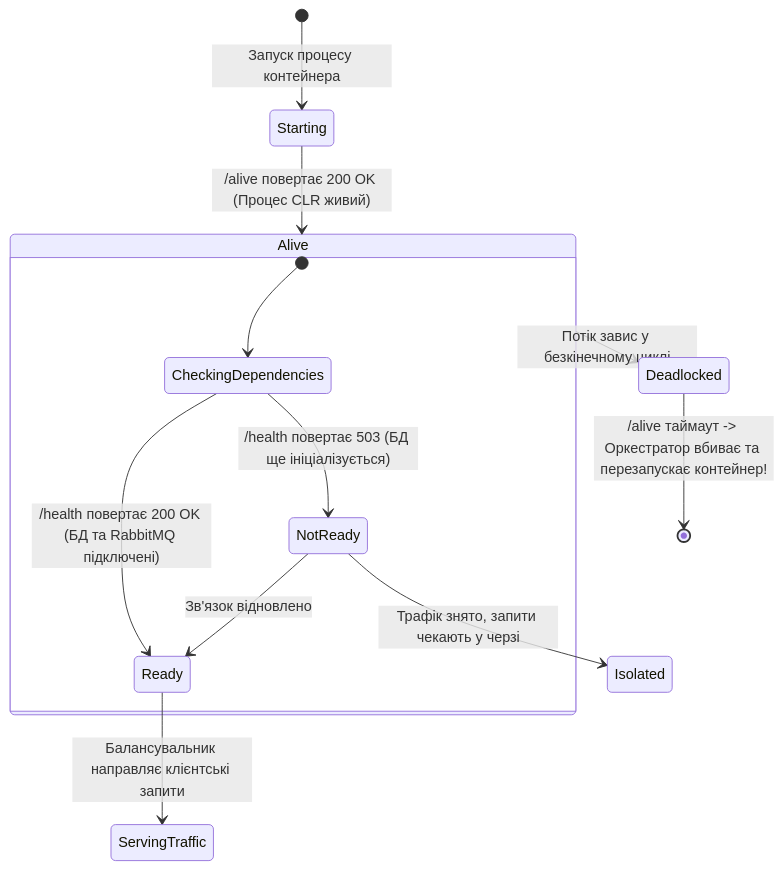
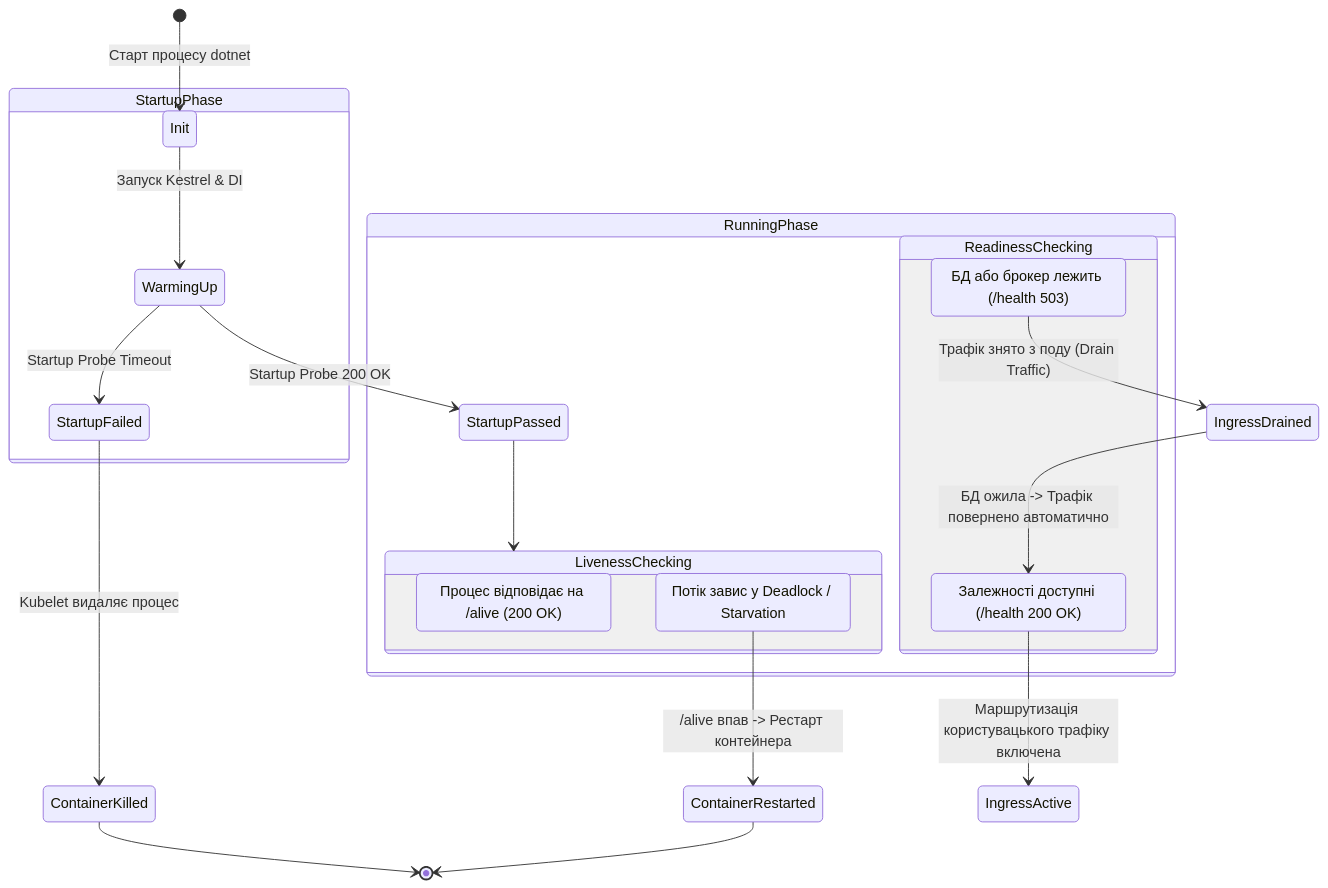
One commit to MrTomkaYurii/Demo-CargoDeliveryService changed the third of 3 diagrams in 02-Microservices-Craftsman/02-01-Aspire-Documentation/05_HealthChecks_Probes_Liveness_Readiness.md. Above: the diagram before and after it, drawn with Mermaid. The commit also changed other lines of this file and 5 other files, not shown here.

Commit message:
docs(aspire): expand guides 01-06 into comprehensive masterclass with deep theory, code dissections, and verified mermaid diagrams

````diff
--- a/02-Microservices-Craftsman/02-01-Aspire-Documentation/05_HealthChecks_Probes_Liveness_Readiness.md
+++ b/02-Microservices-Craftsman/02-01-Aspire-Documentation/05_HealthChecks_Probes_Liveness_Readiness.md
@@ -92,17 +295,34 @@
 ```mermaid
 stateDiagram-v2
-    [*] --> Starting : Запуск процесу контейнера
-    Starting --> Alive : /alive повертає 200 OK (Процес CLR живий)
+    [*] --> Init : Старт процесу dotnet
     
-    state Alive {
-        [*] --> CheckingDependencies
-        CheckingDependencies --> Ready : /health повертає 200 OK (БД та RabbitMQ підключені)
-        CheckingDependencies --> NotReady : /health повертає 503 (БД ще ініціалізується)
-        NotReady --> Ready : Зв'язок відновлено
+    state StartupPhase {
+        Init --> WarmingUp : Запуск Kestrel & DI
+        WarmingUp --> StartupPassed : Startup Probe 200 OK
+        WarmingUp --> StartupFailed : Startup Probe Timeout
+    }
+    
+    StartupFailed --> ContainerKilled : Kubelet видаляє процес
+    ContainerKilled --> [*]
+
+    state RunningPhase {
+        StartupPassed --> LivenessChecking
+        
+        state LivenessChecking {
+            Alive : Процес відповідає на /alive (200 OK)
+            Deadlocked : Потік завис у Deadlock / Starvation
+        }
+
+        state ReadinessChecking {
+            Ready : Залежності доступні (/health 200 OK)
+            Unready : БД або брокер лежить (/health 503)
+        }
     }
 
-    Ready --> ServingTraffic : Балансувальник направляє клієнтські запити
-    NotReady --> Isolated : Трафік знято, запити чекають у черзі
-    Alive --> Deadlocked : Потік завис у безкінечному циклі
-    Deadlocked --> [*] : /alive таймаут -> Оркестратор вбиває та перезапускає контейнер!
+    Deadlocked --> ContainerRestarted : /alive впав -> Рестарт контейнера
+    ContainerRestarted --> [*]
+
+    Ready --> IngressActive : Маршрутизація користувацького трафіку включена
+    Unready --> IngressDrained : Трафік знято з поду (Drain Traffic)
+    IngressDrained --> Ready : БД ожила -> Трафік повернено автоматично
 ```
````
